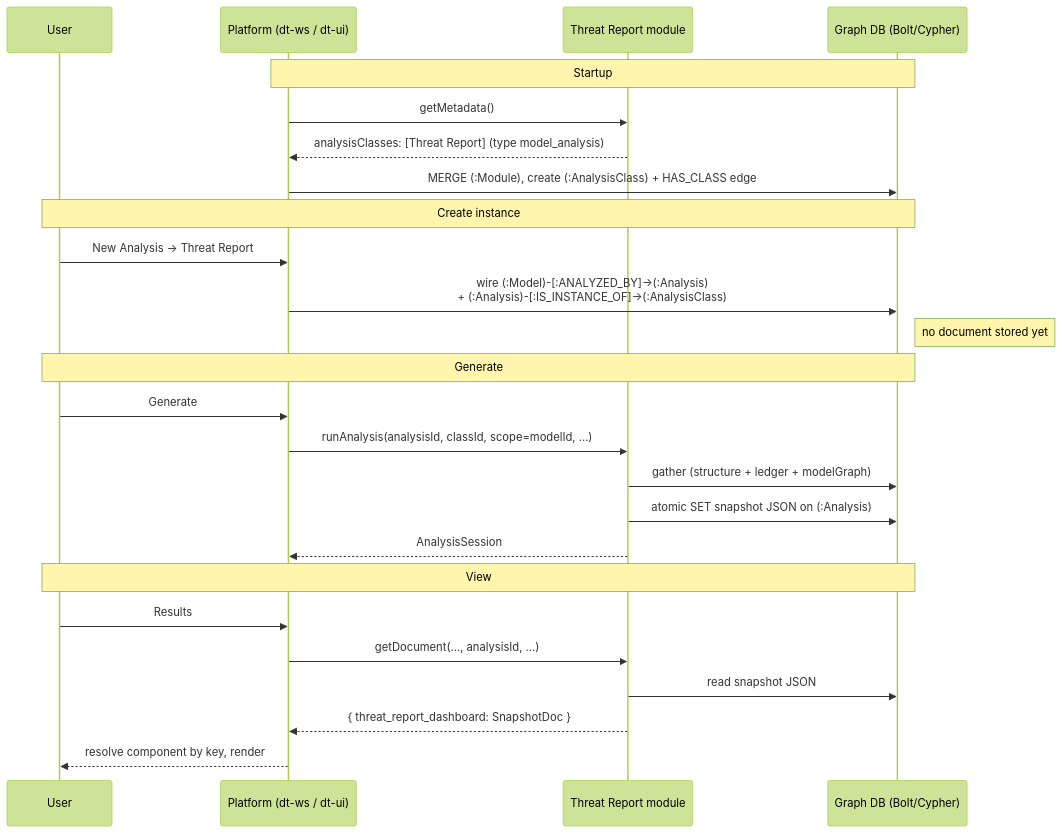
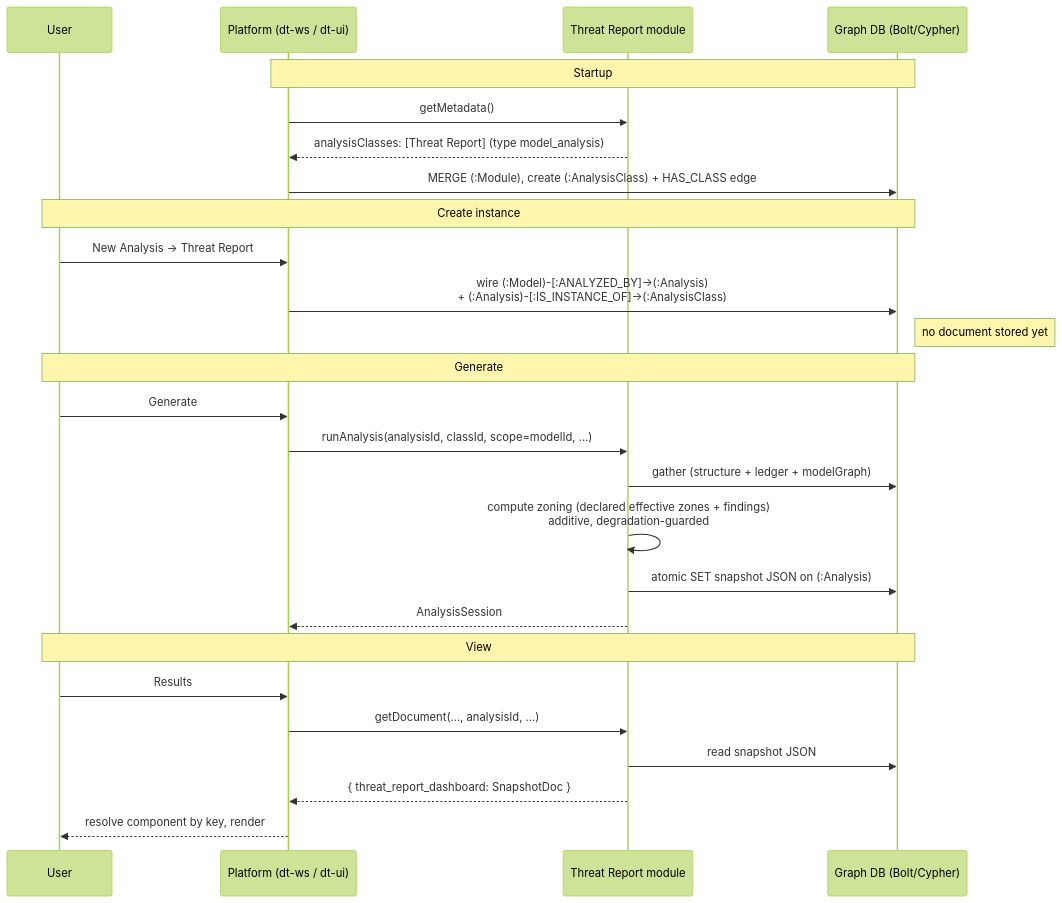
One commit to dether-net/dethernety-oss changed the first of 3 diagrams in docs/architecture/dethernety-threat-report/backend.md. Above: the diagram before and after it, drawn with Mermaid (forest theme). The commit also changed other lines of this file and 26 other files, not shown here.

First line of the commit message:
feat(threat-report): declared-zone data-flow policy surfaces (#222)

````diff
--- a/docs/architecture/dethernety-threat-report/backend.md
+++ b/docs/architecture/dethernety-threat-report/backend.md
@@ -35,31 +35,32 @@
 ```mermaid
 sequenceDiagram
     participant User
     participant Platform as Platform (dt-ws / dt-ui)
     participant Module as Threat Report module
     participant DB as Graph DB (Bolt/Cypher)
 
     Note over Platform,DB: Startup
     Platform->>Module: getMetadata()
     Module-->>Platform: analysisClasses: [Threat Report] (type model_analysis)
     Platform->>DB: MERGE (:Module), create (:AnalysisClass) + HAS_CLASS edge
 
     Note over User,DB: Create instance
     User->>Platform: New Analysis → Threat Report
     Platform->>DB: wire (:Model)-[:ANALYZED_BY]->(:Analysis)<br/>+ (:Analysis)-[:IS_INSTANCE_OF]->(:AnalysisClass)
     Note right of DB: no document stored yet
 
     Note over User,DB: Generate
     User->>Platform: Generate
     Platform->>Module: runAnalysis(analysisId, classId, scope=modelId, …)
     Module->>DB: gather (structure + ledger + modelGraph)
+    Module->>Module: compute zoning (declared effective zones + findings)<br/>additive, degradation-guarded
     Module->>DB: atomic SET snapshot JSON on (:Analysis)
     Module-->>Platform: AnalysisSession
 
     Note over User,DB: View
     User->>Platform: Results
     Platform->>Module: getDocument(…, analysisId, …)
     Module->>DB: read snapshot JSON
     Module-->>Platform: { threat_report_dashboard: SnapshotDoc }
     Platform-->>User: resolve component by key, render
 ```
````
